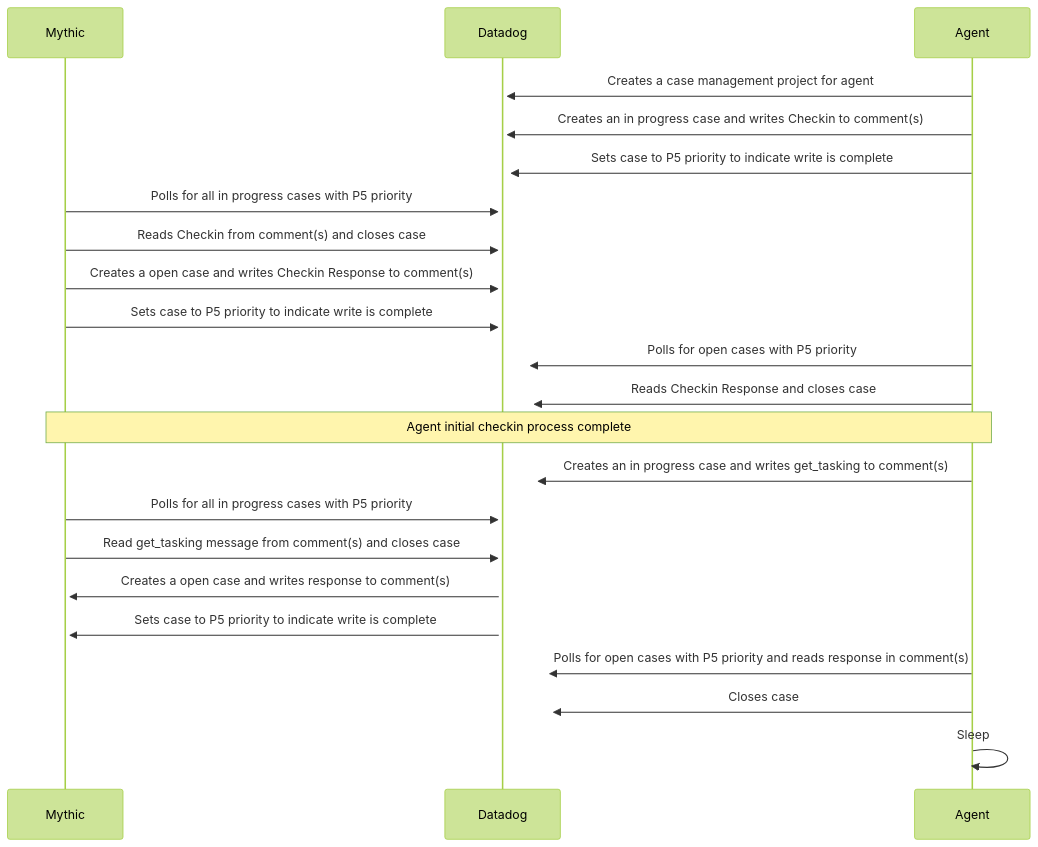
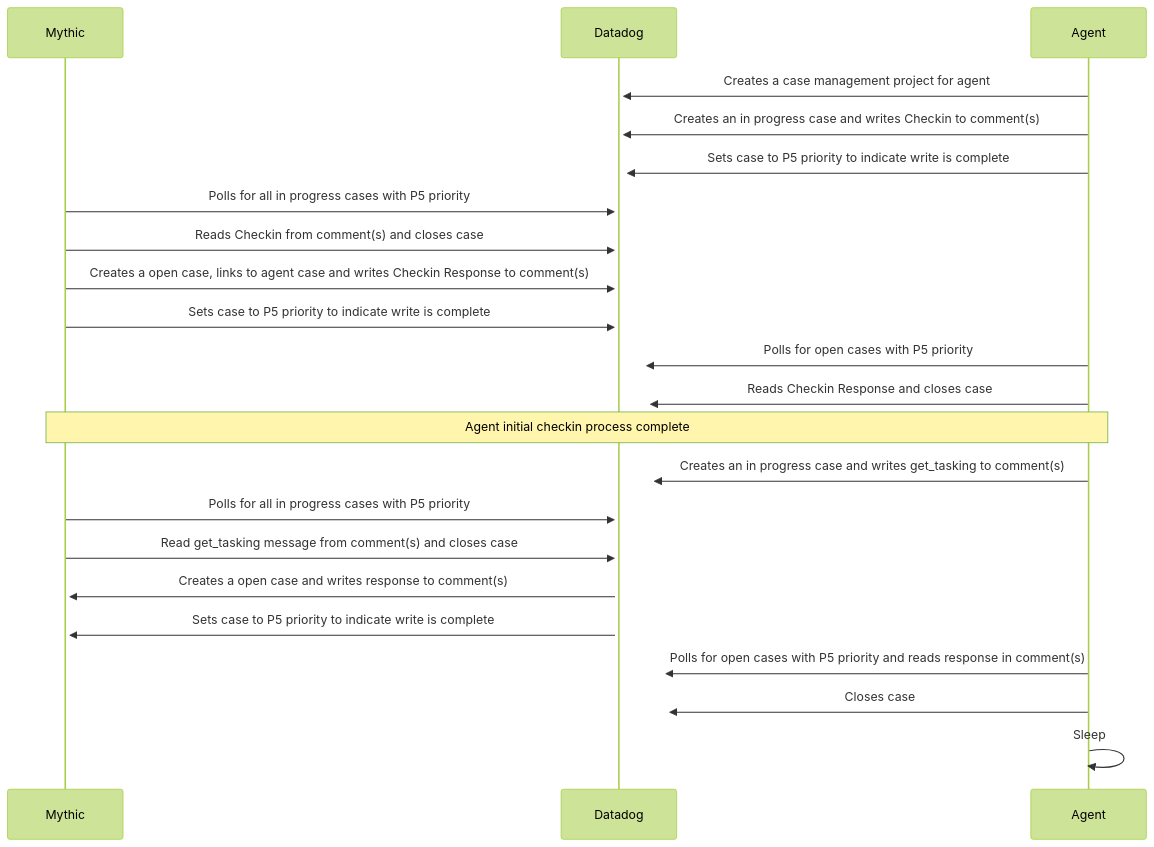
The diagram in documentation-c2/datadog/_index.md (mkuenzie/datadog), drawn with Mermaid (forest theme) before and after one commit. The commit also changed 3 other files, not shown here.

````diff
--- a/documentation-c2/datadog/_index.md
+++ b/documentation-c2/datadog/_index.md
@@ -14,24 +14,24 @@
 ```mermaid
 sequenceDiagram
     participant M as Mythic
     participant G as Datadog
     participant A as Agent
     A ->>+ G: Creates a case management project for agent
     A ->>+ G: Creates an in progress case and writes Checkin to comment(s)
     A ->>+ G: Sets case to P5 priority to indicate write is complete
     M ->>+ G: Polls for all in progress cases with P5 priority 
     M ->>+ G: Reads Checkin from comment(s) and closes case
-    M ->>+ G: Creates a open case and writes Checkin Response to comment(s)
+    M ->>+ G: Creates a open case, links to agent case and writes Checkin Response to comment(s)
     M ->>+ G: Sets case to P5 priority to indicate write is complete
     A ->>+ G: Polls for open cases with P5 priority
     A ->>+ G: Reads Checkin Response and closes case
     Note over M,A: Agent initial checkin process complete
     A ->>+ G: Creates an in progress case and writes get_tasking to comment(s)
     M ->>+ G: Polls for all in progress cases with P5 priority
     M ->>+ G: Read get_tasking message from comment(s) and closes case
     G ->>+ M: Creates a open case and writes response to comment(s)
     G ->>+ M: Sets case to P5 priority to indicate write is complete
     A ->>+ G: Polls for open cases with P5 priority and reads response in comment(s)
     A ->>+ G: Closes case
     A ->>+ A: Sleep
 ```
````
